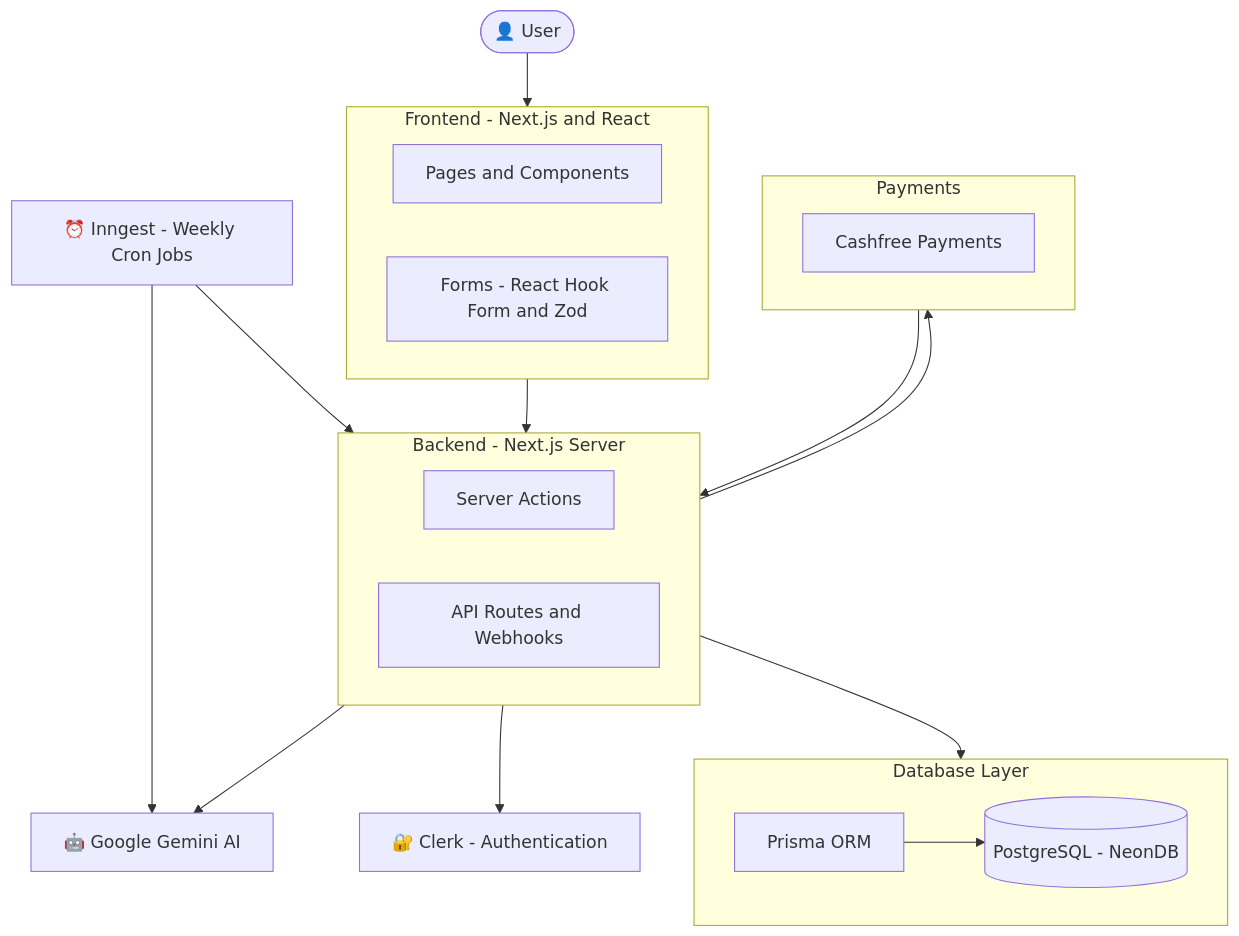
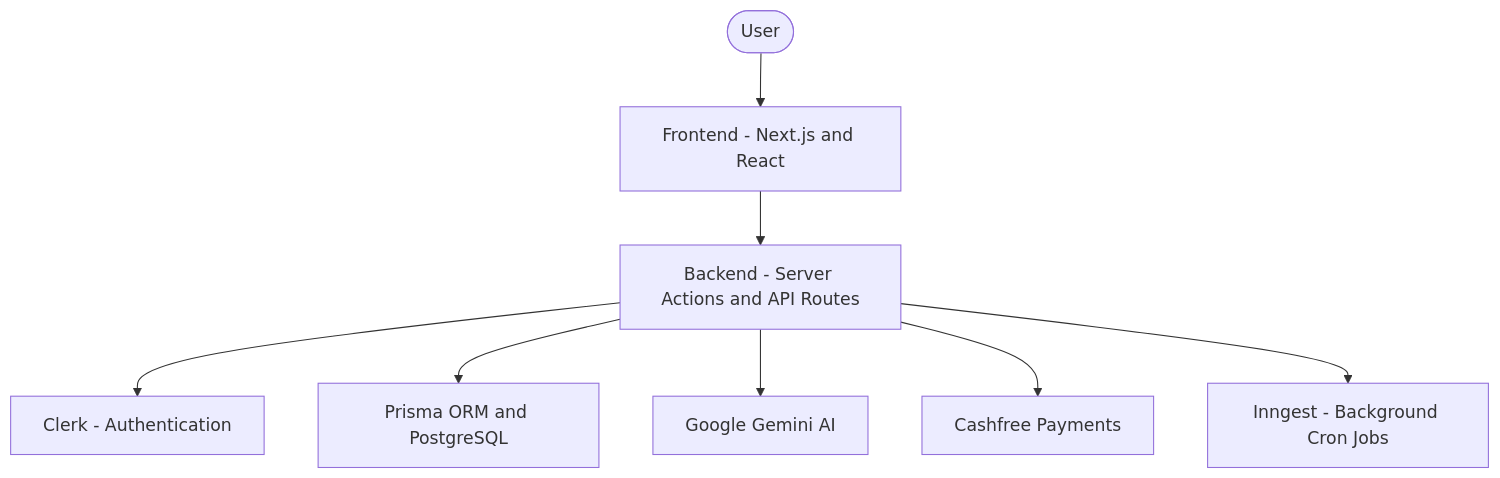
The diagram in README.md (Atharva1318-dev/Vector-AI), drawn with Mermaid before and after one commit.

Commit message:
readme updates

````diff
--- a/README.md
+++ b/README.md
@@ -51,43 +51,19 @@
 ```mermaid
 flowchart TD
-    User([👤 User])
+    User([User])
+    FE[Frontend - Next.js and React]
+    BE[Backend - Server Actions and API Routes]
+    AUTH[Clerk - Authentication]
+    DB[Prisma ORM and PostgreSQL]
+    AI[Google Gemini AI]
+    PAY[Cashfree Payments]
+    CRON[Inngest - Background Cron Jobs]
 
     User --> FE
-
-    subgraph FE [Frontend - Next.js and React]
-        direction LR
-        UI[Pages and Components]
-        Forms[Forms - React Hook Form and Zod]
-    end
-
     FE --> BE
-
-    subgraph BE [Backend - Next.js Server]
-        direction LR
-        SA[Server Actions]
-        API[API Routes and Webhooks]
-    end
-
     BE --> AUTH
-    BE --> DB_LAYER
-    SA --> AI
-    SA --> PAY
-    PAY --> API
-    Inngest --> API
-
-    AUTH[🔐 Clerk - Authentication]
-
-    subgraph DB_LAYER [Database Layer]
-        direction LR
-        Prisma[Prisma ORM] --> DB[(PostgreSQL - NeonDB)]
-    end
-
-    AI[🤖 Google Gemini AI]
-
-    subgraph PAY [Payments]
-        Cashfree[Cashfree Payments]
-    end
-
-    Inngest[⏰ Inngest - Weekly Cron Jobs]
-    Inngest --> AI
+    BE --> DB
+    BE --> AI
+    BE --> PAY
+    BE --> CRON
 ```
````
